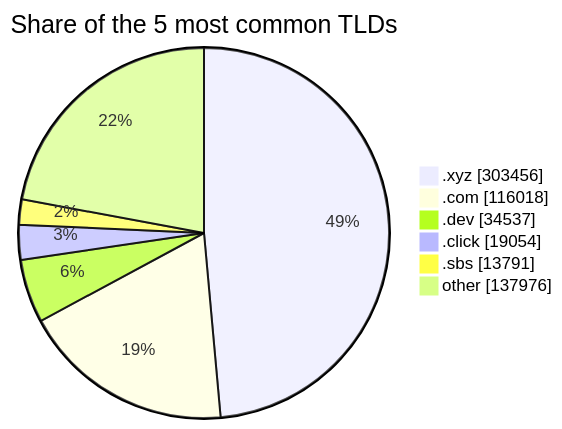
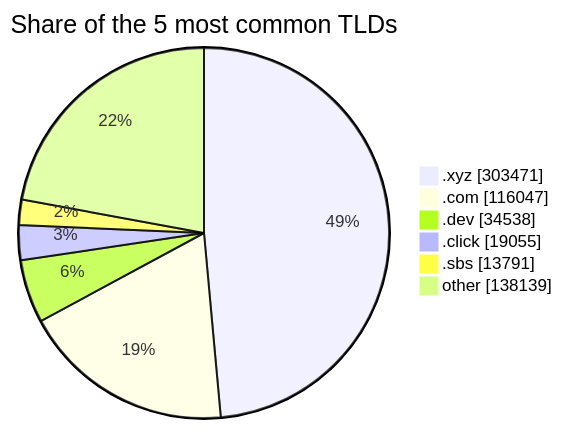
The third of 3 diagrams in README.md (DNSBunker/CTI), drawn with Mermaid before and after one commit. The commit also changed other lines of this file and 3 other files, not shown here.

````diff
--- a/README.md
+++ b/README.md
@@ -81,9 +81,9 @@
 ```mermaid
 pie showData title Share of the 5 most common TLDs
-    ".xyz" : 303456
-    ".com" : 116018
-    ".dev" : 34537
-    ".click" : 19054
+    ".xyz" : 303471
+    ".com" : 116047
+    ".dev" : 34538
+    ".click" : 19055
     ".sbs" : 13791
-    "other" : 137976
+    "other" : 138139
 ```
````
